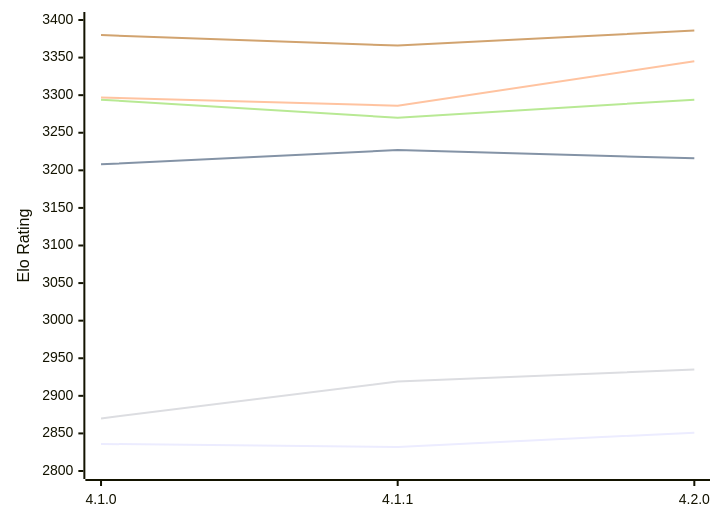
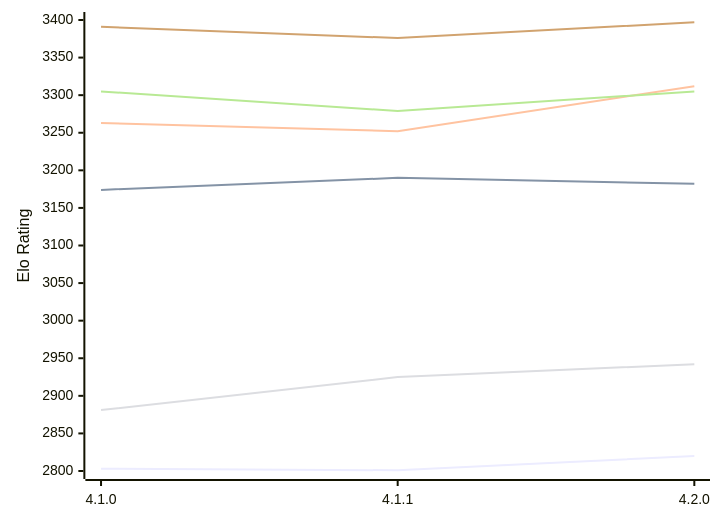
One commit to computer-chess-index/cci changed the diagram in engines/LunaChessEngine.md. Above: the diagram before and after it, drawn with Mermaid. The commit also changed other lines of this file, not shown here.

Commit message:
Update CCI Ratings (ELO VLTC) - 2026-11-12

````diff
--- a/engines/LunaChessEngine.md
+++ b/engines/LunaChessEngine.md
@@ -51,12 +51,12 @@
 ```mermaid
 %%{init: {"theme":"base","themeVariables":{"seriesColors:['#a3a3a3','#222221','#faa371']}}}%%
 xychart-beta
   x-axis ["4.1.0", "4.1.1", "4.2.0"]
   y-axis "Elo Rating" 2800 --> 3400
-  line "E1: STC (8.0+0.08s)" [2836, 2832, 2851]
-  line "E1: LTC (60.0+0.60s)" [3208, 3227, 3216]
-  line "E1: VLTC (2m24s+1.12s)" [3297, 3286, 3345]
-  line "P1: STC (8.0+0.08s)" [2870, 2919, 2935]
-  line "P1: LTC (60.0+0.60s)" [3294, 3270, 3294]
-  line "P1: VLTC (2m24s+1.12s)" [3380, 3366, 3386]
+  line "E1: STC (8.0+0.08s)" [2803, 2801, 2820]
+  line "E1: LTC (60.0+0.60s)" [3174, 3190, 3182]
+  line "E1: VLTC (2m24s+1.12s)" [3263, 3252, 3312]
+  line "P1: STC (8.0+0.08s)" [2881, 2925, 2942]
+  line "P1: LTC (60.0+0.60s)" [3305, 3279, 3305]
+  line "P1: VLTC (2m24s+1.12s)" [3391, 3376, 3397]
 ```
````
